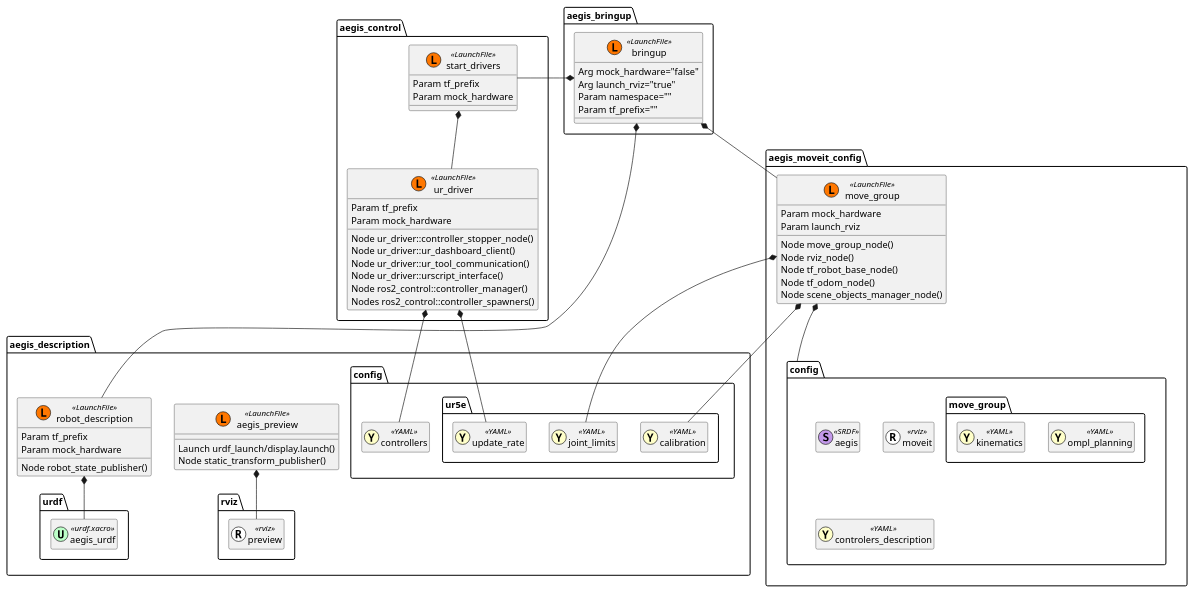
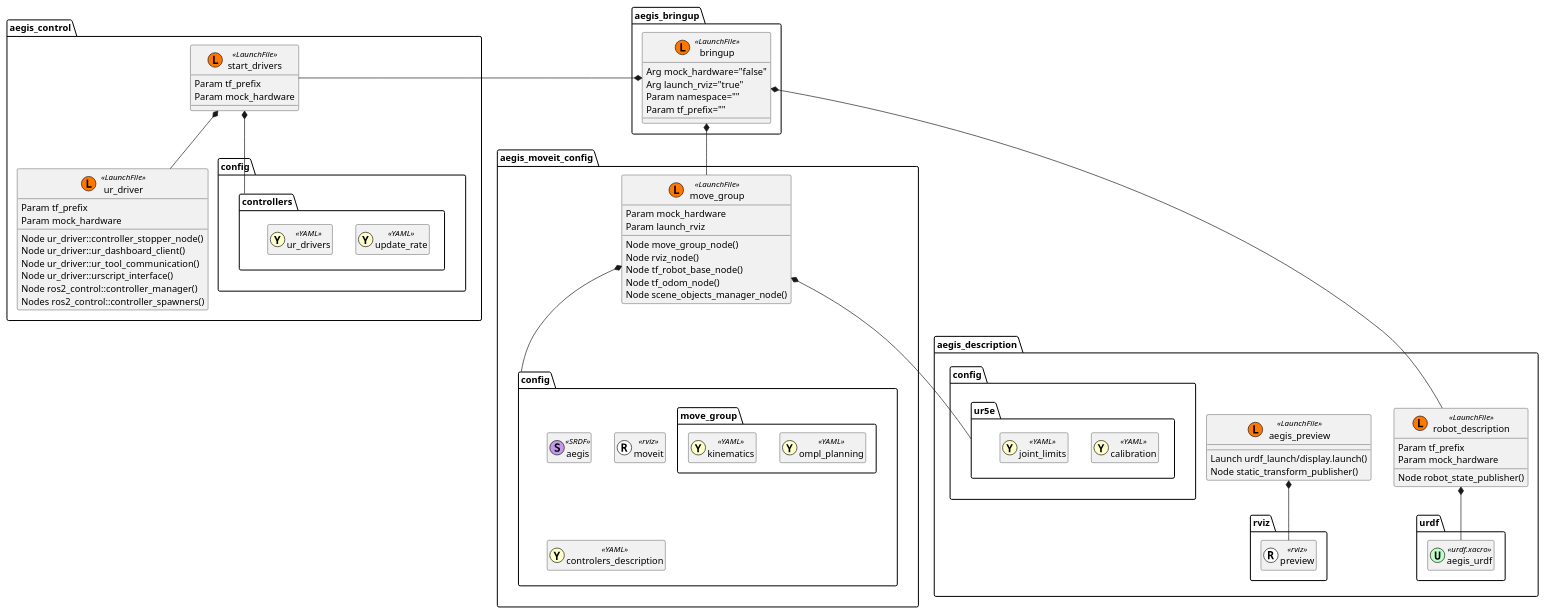
One commit to AGH-CEAI/aegis_ros changed the diagram in aegis_bringup/docs/launch_diagram.plantuml. Above: the diagram before and after it, drawn with PlantUML.

Commit message:
updated launch files diagram

```diff
--- a/aegis_bringup/docs/launch_diagram.plantuml
+++ b/aegis_bringup/docs/launch_diagram.plantuml
@@ -1,101 +1,103 @@
 @startuml
 package aegis_bringup {
     class bringup << (L,#FF7700) LaunchFile >> {
         Arg mock_hardware="false"
         Arg launch_rviz="true"
         Param namespace=""
         Param tf_prefix=""
     }
 }
 
 package aegis_control {
     class start_drivers << (L,#FF7700) LaunchFile >> {
         Param tf_prefix
         Param mock_hardware
     }
     class ur_driver << (L,#FF7700) LaunchFile >> {
         Param tf_prefix
         Param mock_hardware
         Node ur_driver::controller_stopper_node()
         Node ur_driver::ur_dashboard_client()
         Node ur_driver::ur_tool_communication()
         Node ur_driver::urscript_interface()
         Node ros2_control::controller_manager()
         Nodes ros2_control::controller_spawners()
     }
 
+    package config {
+        package controllers {
+            class update_rate << (Y,#ffffc9) YAML >> {}
+            class ur_drivers << (Y,#ffffc9) YAML >> {}
+        }
+    }
 }
 
 package aegis_description {
     class aegis_preview << (L,#FF7700) LaunchFile >> {
         Launch urdf_launch/display.launch()
         Node static_transform_publisher()
     }
 
     class robot_description << (L,#FF7700) LaunchFile >> {
         Param tf_prefix
         Param mock_hardware
         Node robot_state_publisher()
     }
 
     package config {
-        class controllers << (Y,#ffffc9) YAML >> {}
         package ur5e {
             class calibration << (Y,#ffffc9) YAML >> {}
             class joint_limits << (Y,#ffffc9) YAML >> {}
-            class update_rate << (Y,#ffffc9) YAML >> {}
         }
     }
 
     package urdf {
         class aegis_urdf << (U,#bcffc8) urdf.xacro >> {}
     }
 
     package rviz {
         class preview << (R,#ffffff) rviz >> {}
     }
 }
 
 package aegis_moveit_config {
     class move_group << (L,#FF7700) LaunchFile >> {
         Param mock_hardware
         Param launch_rviz
         Node move_group_node()
         Node rviz_node()
         Node tf_robot_base_node()
         Node tf_odom_node()
         Node scene_objects_manager_node()
     }
     package config {
         class aegis << (S,#c298e9) SRDF >> {}
         package move_group {
             class ompl_planning << (Y,#ffffc9) YAML >> {}
             class kinematics << (Y,#ffffc9) YAML >> {}
         }
         class moveit << (R,#ffffff) rviz >> {}
         class controlers_description << (Y,#ffffc9) YAML >> {}
     }
 }
 
 
 aegis_bringup.bringup *-left- aegis_control.start_drivers
 aegis_bringup.bringup *-- aegis_moveit_config.move_group
 aegis_bringup.bringup *-- aegis_description.robot_description
 aegis_description.robot_description *-- aegis_description.urdf.aegis_urdf
 
 aegis_control.start_drivers *-- aegis_control.ur_driver
-aegis_control.ur_driver *-- aegis_description.config.ur5e.update_rate
-aegis_control.ur_driver *-- aegis_description.config.controllers
+aegis_control.start_drivers *-- aegis_control.config.controllers
 
 aegis_moveit_config.move_group *-- aegis_moveit_config.config
-aegis_moveit_config.move_group *-- aegis_description.config.ur5e.joint_limits
-aegis_moveit_config.move_group *-- aegis_description.config.ur5e.calibration
+aegis_moveit_config.move_group *-- aegis_description.config.ur5e
 
 aegis_description.aegis_preview *-- aegis_description.rviz.preview
 
 skinparam classAttributeIconSize 0
 hide << YAML >> members
 hide << urdf.xacro >> members
 hide << SRDF >> members
 hide << rviz >> members
 @enduml
```
